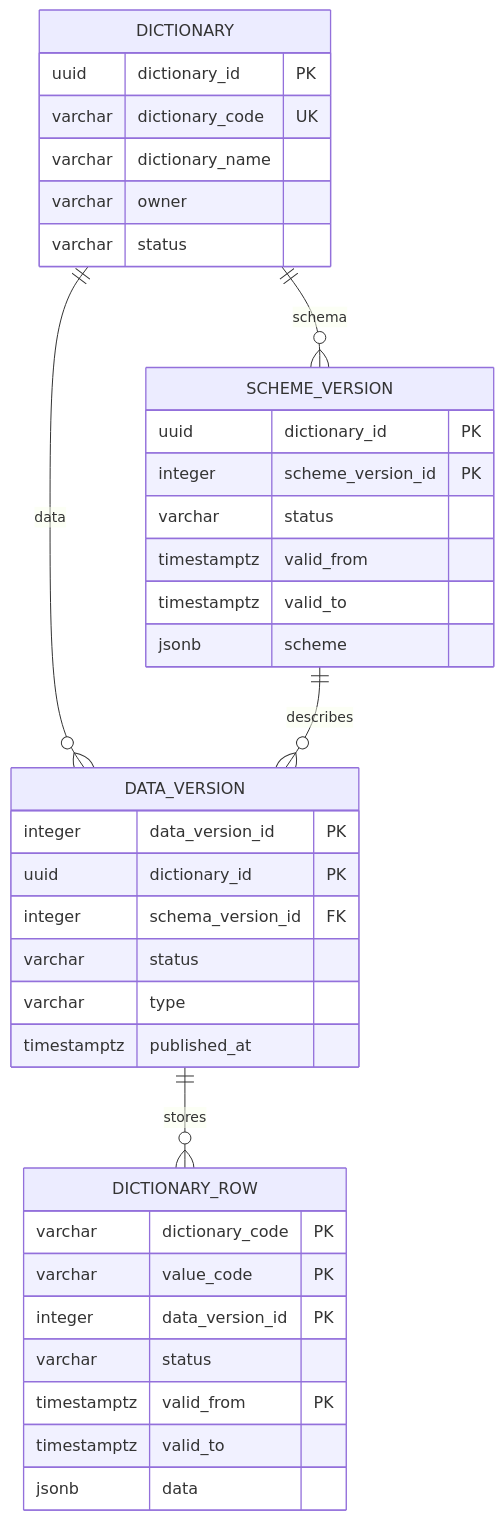
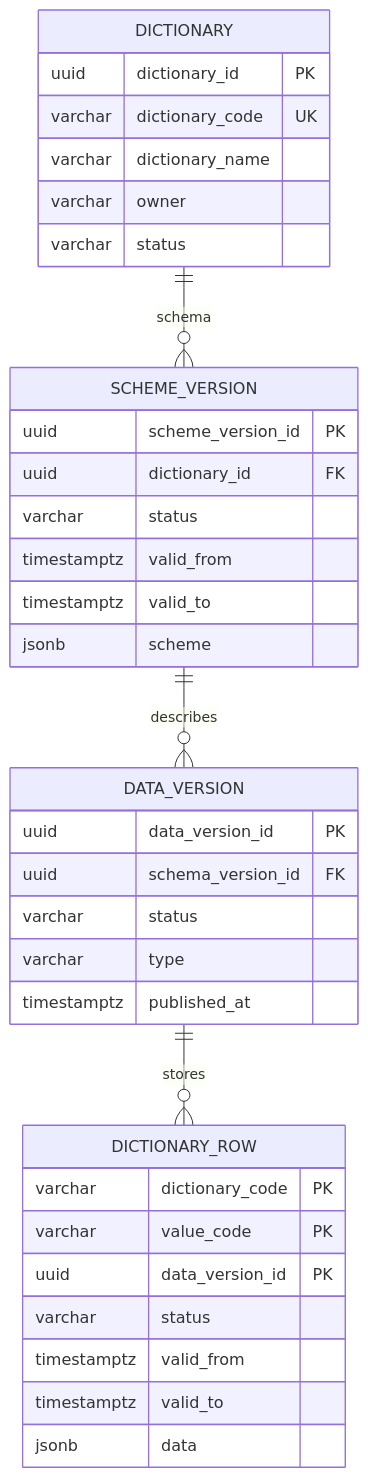
Before and after one commit to StrannikE95/reference_data: the diagram in docs/1. functional/specification/v3 - 1 таблица/DB.md, drawn with Mermaid. The commit also changed other lines of this file and 12 other files, not shown here.

````diff
--- a/docs/1. functional/specification/v3 - 1 таблица/DB.md
+++ b/docs/1. functional/specification/v3 - 1 таблица/DB.md
@@ -9,43 +9,41 @@
 ```mermaid
 erDiagram
     DICTIONARY ||--o{ SCHEME_VERSION : schema
-    DICTIONARY ||--o{ DATA_VERSION : data
     SCHEME_VERSION ||--o{ DATA_VERSION : describes
     DATA_VERSION ||--o{ DICTIONARY_ROW : stores
 
     DICTIONARY {
         uuid dictionary_id PK
         varchar dictionary_code UK
         varchar dictionary_name
         varchar owner
         varchar status
     }
 
     SCHEME_VERSION {
-        uuid dictionary_id PK
-        integer scheme_version_id PK
+        uuid scheme_version_id PK
+        uuid dictionary_id FK
         varchar status
         timestamptz valid_from
         timestamptz valid_to
         jsonb scheme
     }
 
     DATA_VERSION {
-        integer data_version_id PK
-        uuid dictionary_id PK
-        integer schema_version_id FK
+        uuid data_version_id PK
+        uuid schema_version_id FK
         varchar status
         varchar type
         timestamptz published_at
     }
 
     DICTIONARY_ROW {
         varchar dictionary_code PK
         varchar value_code PK
-        integer data_version_id PK
+        uuid data_version_id PK
         varchar status
-        timestamptz valid_from PK
+        timestamptz valid_from
         timestamptz valid_to
         jsonb data
     }
 ```
````
